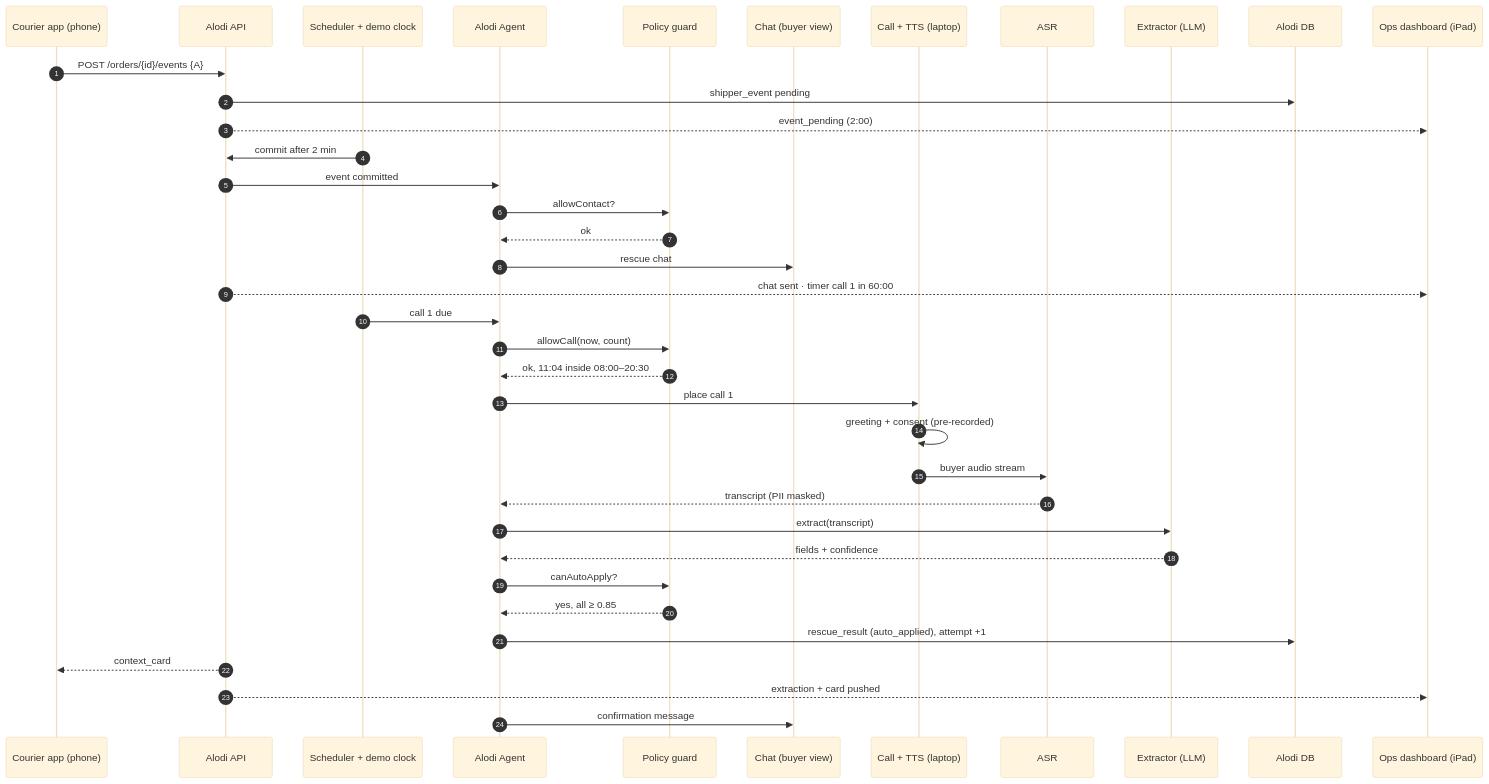
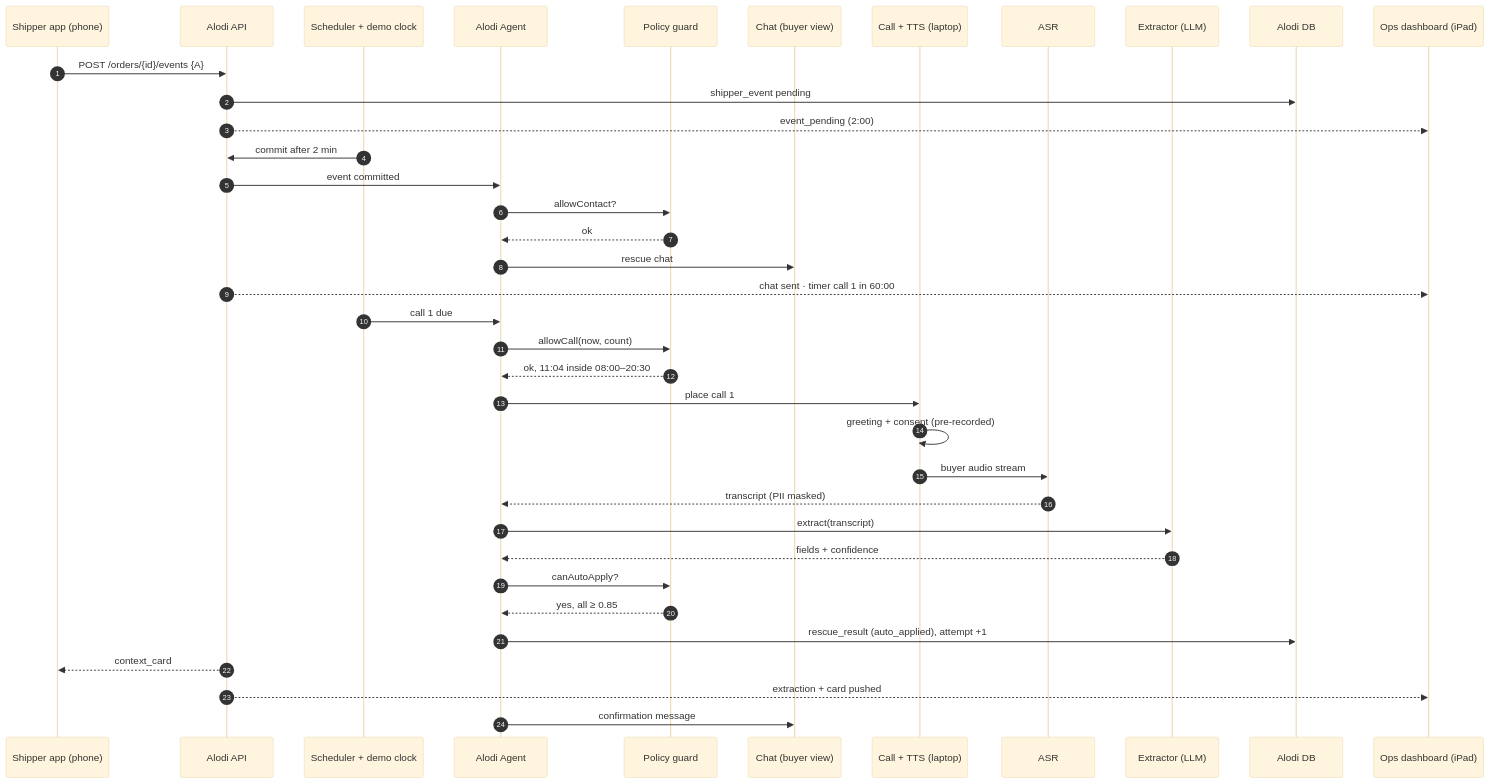
One commit to BennedictQuanTon/Alodi-Regional-Codex-Hackathon-2026 changed the seventh of 18 diagrams in prep/02-technical/PRD.md. Above: the diagram before and after it, drawn with Mermaid (base theme). The commit also changed other lines of this file and 84 other files, not shown here.

````diff
--- a/prep/02-technical/PRD.md
+++ b/prep/02-technical/PRD.md
@@ -1225,40 +1225,40 @@
 ```mermaid
 sequenceDiagram
   autonumber
-  participant C as Courier app (phone)
+  participant C as Shipper app (phone)
   participant API as Alodi API
   participant S as Scheduler + demo clock
   participant AG as Alodi Agent
   participant PG as Policy guard
   participant CH as Chat (buyer view)
   participant V as Call + TTS (laptop)
   participant ASR as ASR
   participant X as Extractor (LLM)
   participant DB as Alodi DB
   participant O as Ops dashboard (iPad)
 
   C->>API: POST /orders/{id}/events {A}
   API->>DB: shipper_event pending
   API-->>O: event_pending (2:00)
   S->>API: commit after 2 min
   API->>AG: event committed
   AG->>PG: allowContact?
   PG-->>AG: ok
   AG->>CH: rescue chat
   API-->>O: chat sent · timer call 1 in 60:00
   S->>AG: call 1 due
   AG->>PG: allowCall(now, count)
   PG-->>AG: ok, 11:04 inside 08:00–20:30
   AG->>V: place call 1
   V->>V: greeting + consent (pre-recorded)
   V->>ASR: buyer audio stream
   ASR-->>AG: transcript (PII masked)
   AG->>X: extract(transcript)
   X-->>AG: fields + confidence
   AG->>PG: canAutoApply?
   PG-->>AG: yes, all ≥ 0.85
   AG->>DB: rescue_result (auto_applied), attempt +1
   API-->>C: context_card
   API-->>O: extraction + card pushed
   AG->>CH: confirmation message
 ```
````
